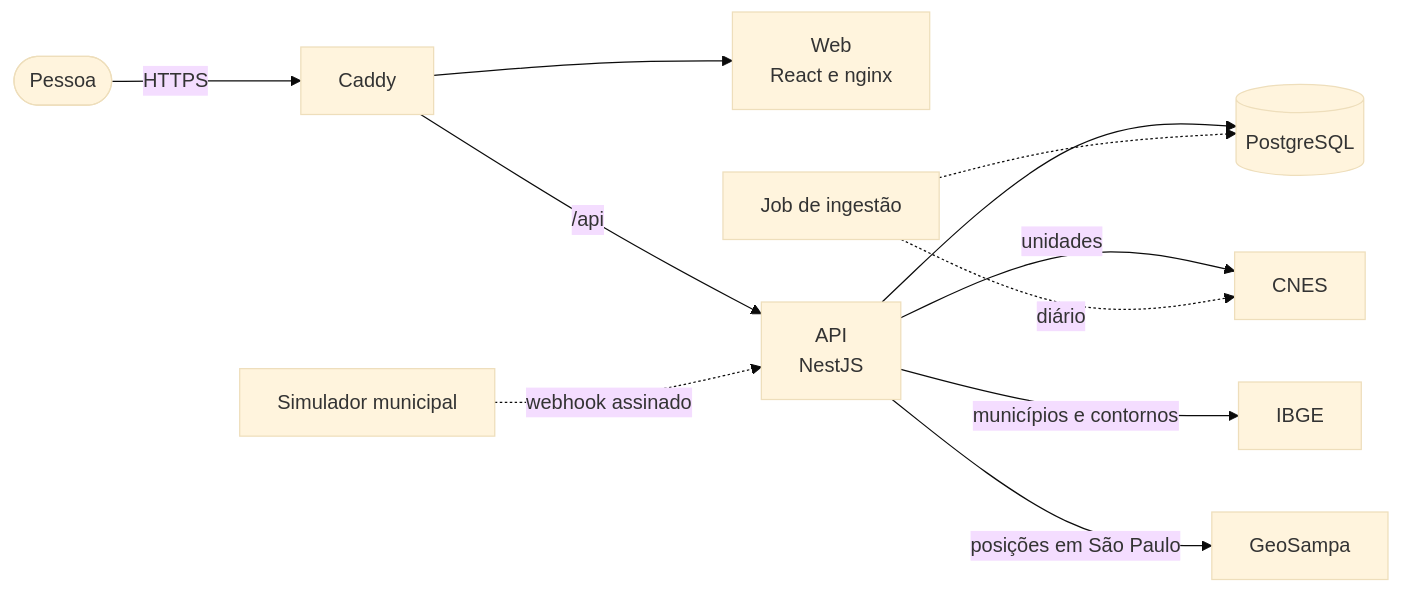
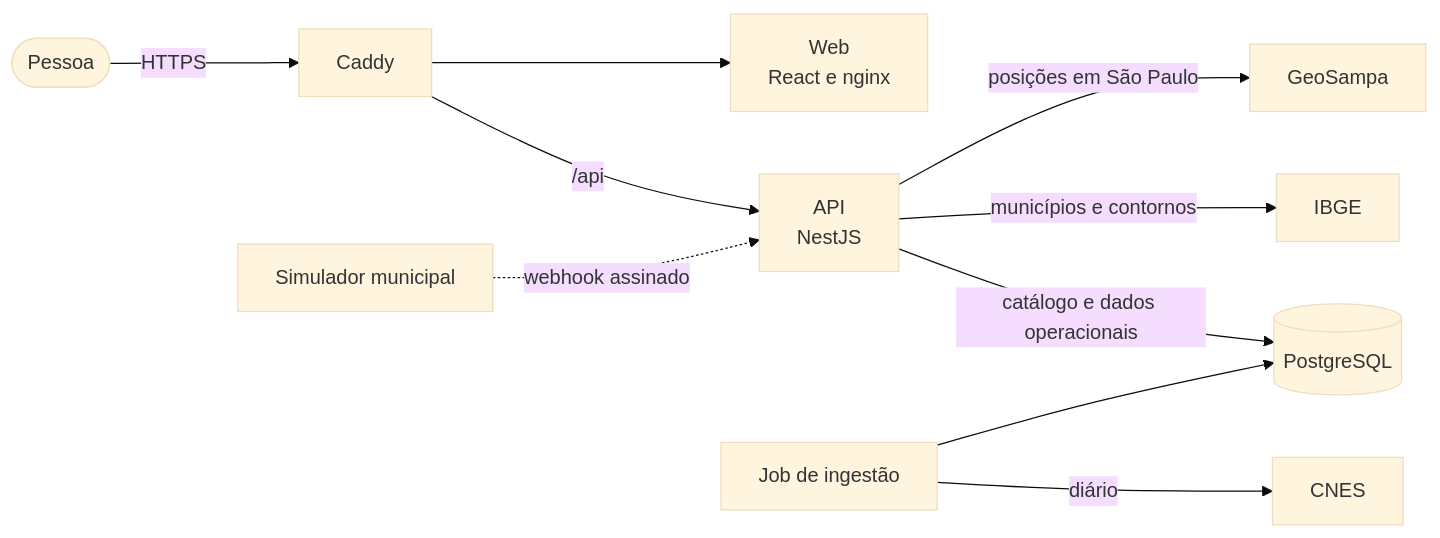
The first of 3 diagrams in README.md (PJIEixoComputacaoUnivesp/FilaSaude), drawn with Mermaid (base theme) before and after one commit. The commit also changed other lines of this file and 2 other files, not shown here.

Commit message:
docs: atualiza arquitetura da ingestão cadastral

````diff
--- a/README.md
+++ b/README.md
@@ -54,15 +54,14 @@
 ```mermaid
 flowchart LR
   pessoa(["Pessoa"]) -->|"HTTPS"| caddy["Caddy"]
   caddy --> web["Web<br/>React e nginx"]
   caddy -->|"/api"| api["API<br/>NestJS"]
 
-  api --> db[("PostgreSQL")]
-  api -->|"unidades"| cnes["CNES"]
+  api -->|"catálogo e dados operacionais"| db[("PostgreSQL")]
   api -->|"municípios e contornos"| ibge["IBGE"]
   api -->|"posições em São Paulo"| geo["GeoSampa"]
 
   sim["Simulador municipal"] -.->|"webhook assinado"| api
-  job["Job de ingestão"] -.->|"diário"| cnes
-  job -.-> db
+  job["Job de ingestão"] -->|"diário"| cnes["CNES"]
+  job --> db
 ```
````
